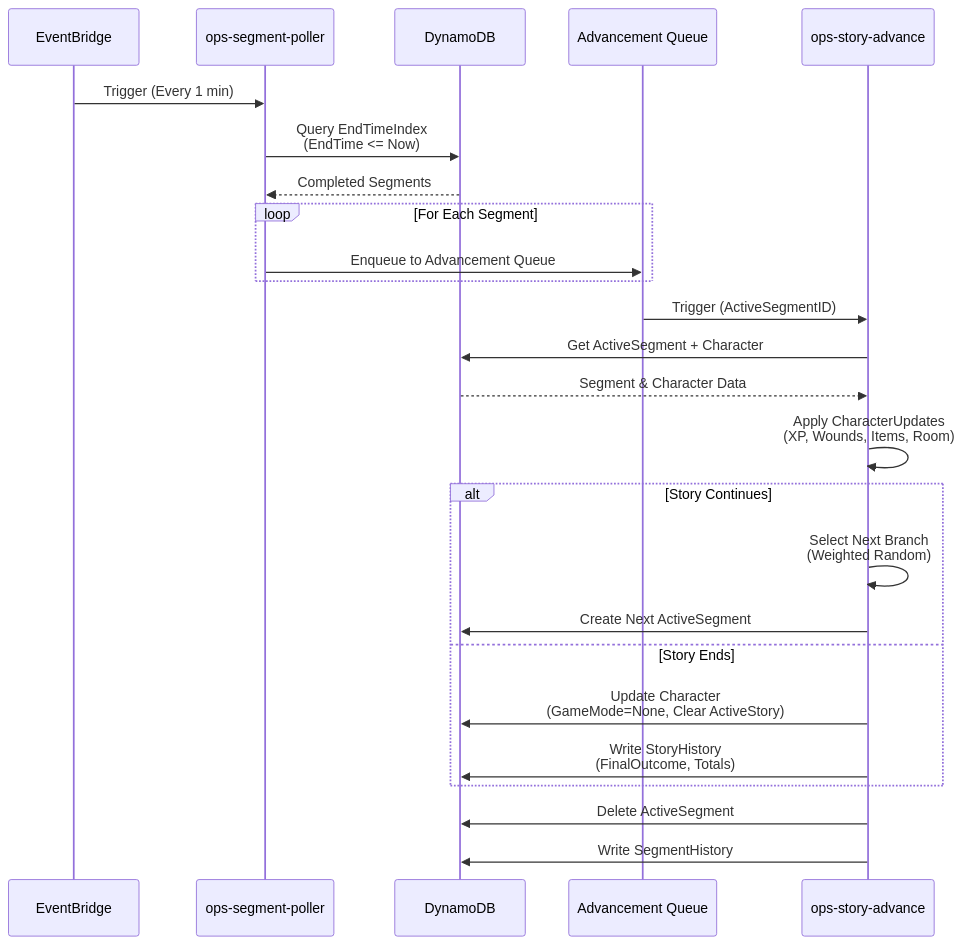
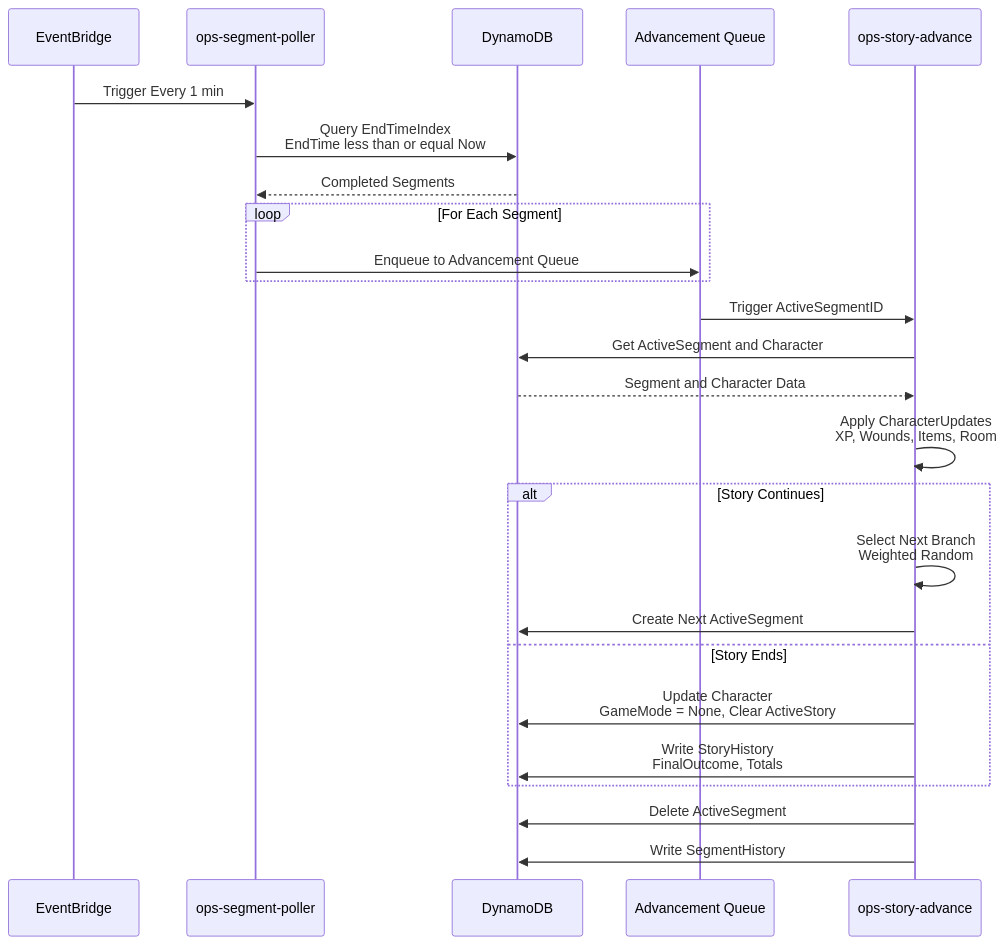
The ninth of 14 diagrams in documentation/incremental-architecture-diagrams.md (darkrelics/eidolon-engine), drawn with Mermaid before and after one commit. The commit also changed other lines of this file, not shown here.

````diff
--- a/documentation/incremental-architecture-diagrams.md
+++ b/documentation/incremental-architecture-diagrams.md
@@ -340,35 +358,35 @@
 ```mermaid
 sequenceDiagram
     participant EB as EventBridge
     participant Poller as ops-segment-poller
     participant DDB as DynamoDB
     participant SQS as Advancement Queue
     participant Advance as ops-story-advance
 
-    EB->>Poller: Trigger (Every 1 min)
+    EB->>Poller: Trigger Every 1 min
 
-    Poller->>DDB: Query EndTimeIndex<br/>(EndTime <= Now)
+    Poller->>DDB: Query EndTimeIndex<br/>EndTime less than or equal Now
     DDB-->>Poller: Completed Segments
 
     loop For Each Segment
         Poller->>SQS: Enqueue to Advancement Queue
     end
 
-    SQS->>Advance: Trigger (ActiveSegmentID)
+    SQS->>Advance: Trigger ActiveSegmentID
 
-    Advance->>DDB: Get ActiveSegment + Character
-    DDB-->>Advance: Segment & Character Data
+    Advance->>DDB: Get ActiveSegment and Character
+    DDB-->>Advance: Segment and Character Data
 
-    Advance->>Advance: Apply CharacterUpdates<br/>(XP, Wounds, Items, Room)
+    Advance->>Advance: Apply CharacterUpdates<br/>XP, Wounds, Items, Room
 
     alt Story Continues
-        Advance->>Advance: Select Next Branch<br/>(Weighted Random)
+        Advance->>Advance: Select Next Branch<br/>Weighted Random
         Advance->>DDB: Create Next ActiveSegment
     else Story Ends
-        Advance->>DDB: Update Character<br/>(GameMode=None, Clear ActiveStory)
-        Advance->>DDB: Write StoryHistory<br/>(FinalOutcome, Totals)
+        Advance->>DDB: Update Character<br/>GameMode = None, Clear ActiveStory
+        Advance->>DDB: Write StoryHistory<br/>FinalOutcome, Totals
     end
 
     Advance->>DDB: Delete ActiveSegment
     Advance->>DDB: Write SegmentHistory
 ```
````
